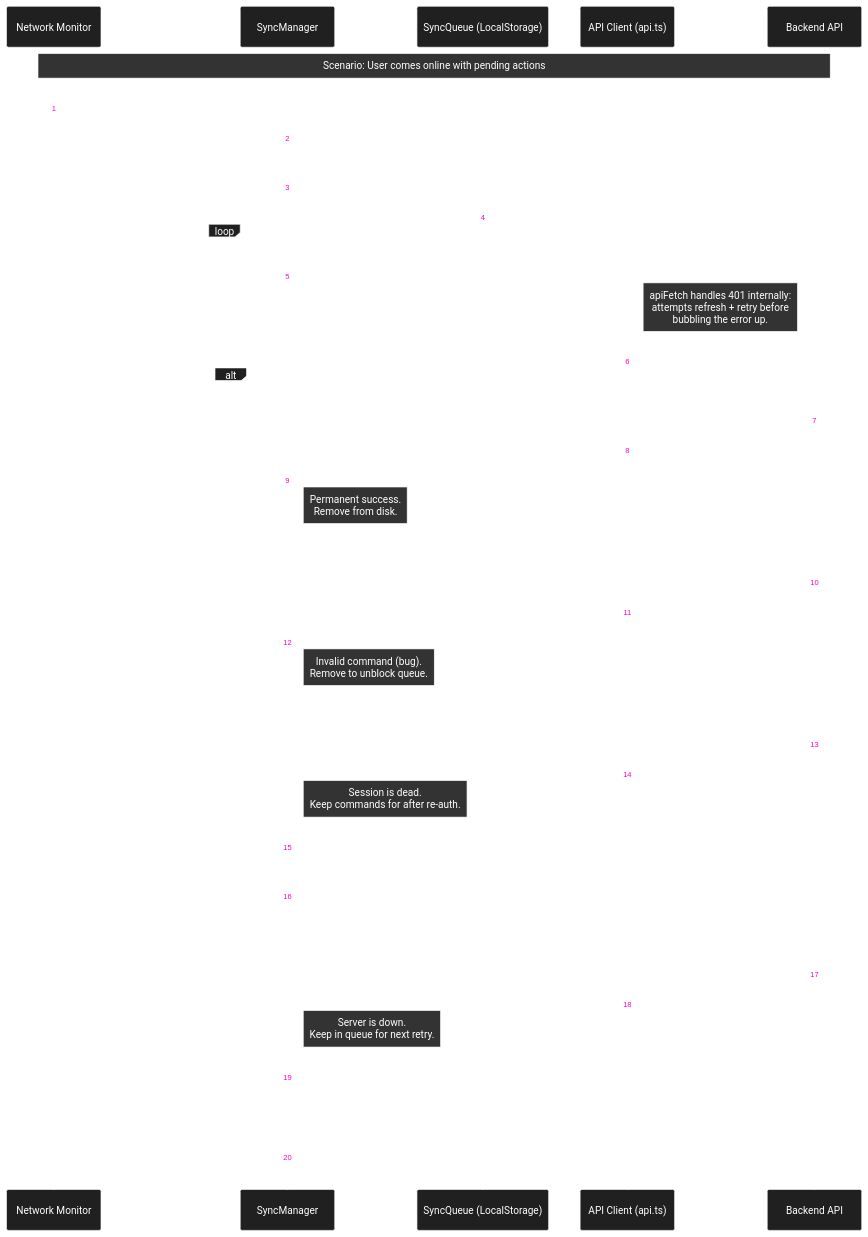
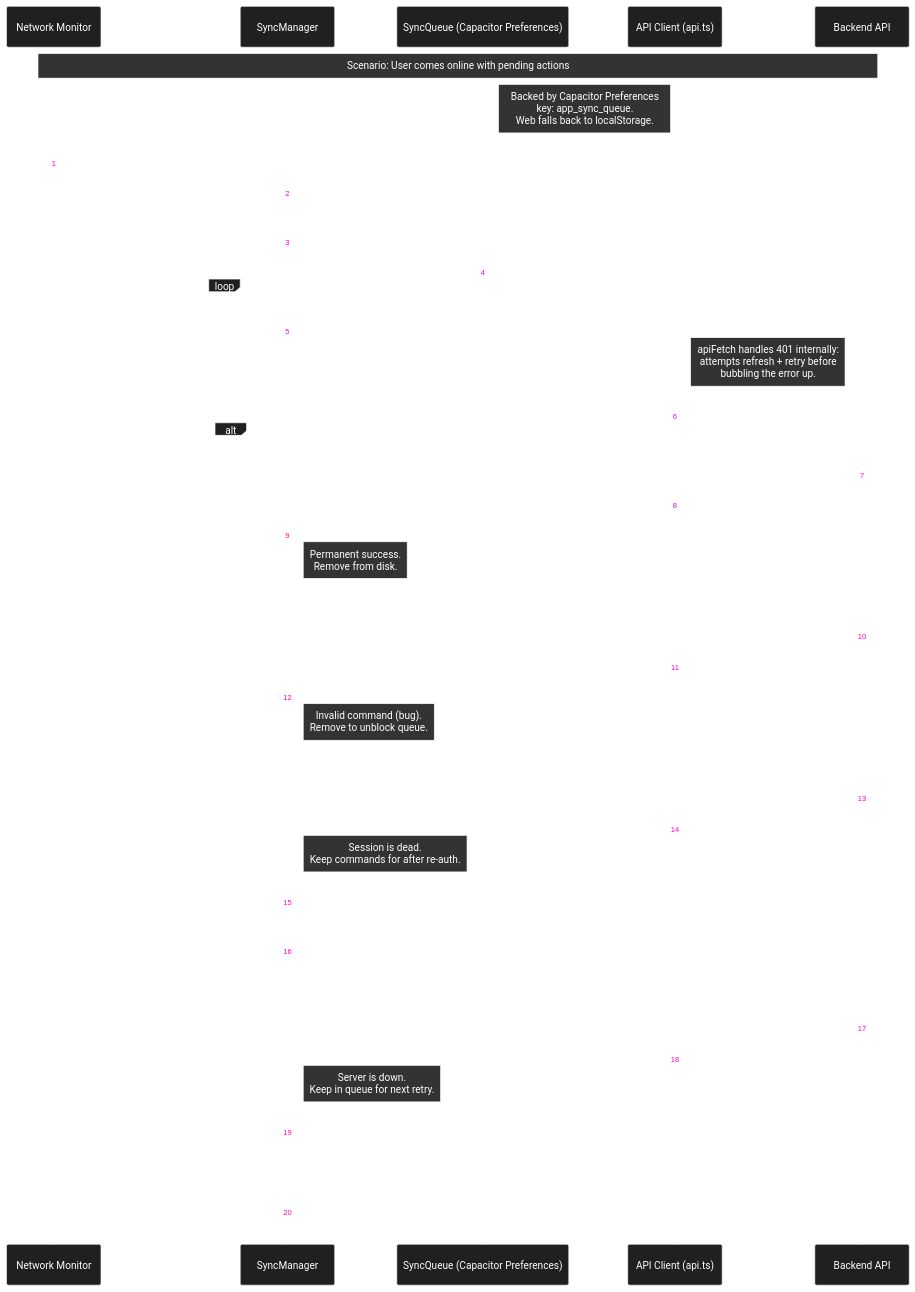
One commit to michaelgreenl/tally-tracker changed the diagram in docs/diagrams/sequence/background-sync.md. Above: the diagram before and after it, drawn with Mermaid. The commit also changed 6 other files, not shown here.

Commit message:
docs: align diagrams with implementation

````diff
--- a/docs/diagrams/sequence/background-sync.md
+++ b/docs/diagrams/sequence/background-sync.md
@@ -3,70 +3,71 @@
 ```mermaid
 %%{
   init: {
     'theme': 'base',
     'themeVariables': {
       'primaryColor': '#202020',
       'primaryTextColor': '#fff',
       'primaryBorderColor': '#ffffff',
       'lineColor': '#00ff41',
       'secondaryColor': '#006100',
       'tertiaryColor': '#fff',
       'noteBkgColor': '#333',
       'noteTextColor': '#fff',
       'noteBorderColor': '#fff'
     }
   }
 }%%
 
 sequenceDiagram
     autonumber
     participant Net as Network Monitor
     participant Manager as SyncManager
-    participant Queue as SyncQueue (LocalStorage)
+    participant Queue as SyncQueue (Capacitor Preferences)
     participant Client as API Client (api.ts)
     participant API as Backend API
 
     Note over Net, API: Scenario: User comes online with pending actions
+    Note right of Queue: Backed by Capacitor Preferences<br/>key: app_sync_queue.<br/>Web falls back to localStorage.
 
     Net->>Manager: Event: 'networkStatusChange' (Connected)
     Manager->>Manager: processQueue()
 
     Manager->>Queue: getQueue()
     Queue-->>Manager: Returns [Cmd1, Cmd2]
 
     loop For Each Command
         Manager->>Client: Execute Command (Cmd1)
 
         Note right of Client: apiFetch handles 401 internally:<br/>attempts refresh + retry before<br/>bubbling the error up.
 
         Client->>API: Request (with idempotency key)
 
         alt Success (200/201)
             API-->>Client: 200 OK
             Client-->>Manager: Success
             Manager->>Queue: removeCommand(Cmd1)
             Note right of Manager: Permanent success.<br/>Remove from disk.
 
         else Fatal Error (400/422)
             API-->>Client: 400 Bad Request
             Client-->>Manager: ApiError (4xx)
             Manager->>Queue: removeCommand(Cmd1)
             Note right of Manager: Invalid command (bug).<br/>Remove to unblock queue.
 
         else Session Expired (401 after refresh failed)
             API-->>Client: 401 Unauthorized
             Client-->>Manager: ApiError (401)
             Note right of Manager: Session is dead.<br/>Keep commands for after re-auth.
             Manager->>Manager: Trigger logout
             Manager-->>Manager: Stop Processing (Break Loop)
 
         else Temporary Error (500/Network)
             API-->>Client: 500 Server Error
             Client-->>Manager: ApiError (5xx/0)
             Note right of Manager: Server is down.<br/>Keep in queue for next retry.
             Manager-->>Manager: Stop Processing (Break Loop)
         end
     end
 
     Manager-->>Manager: isSyncing = false
 ```
````
